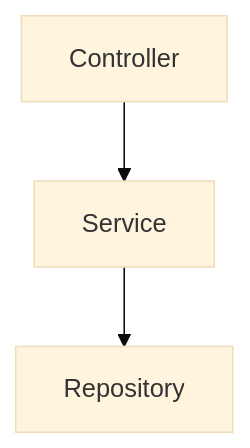
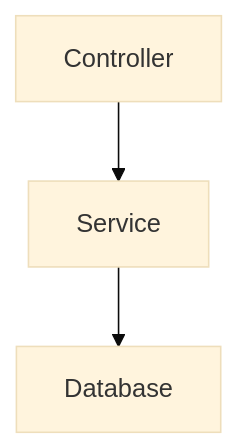
The third of 4 diagrams in README.md (elazsyahranie/talkagram_v2_chat_service), drawn with Mermaid (base theme) before and after one commit. The commit also changed other lines of this file, not shown here.

Commit message:
Update README.md - minor corrections 2

````diff
--- a/README.md
+++ b/README.md
@@ -190,9 +190,9 @@
 ```mermaid
 flowchart TD
     Controller[Controller]
     Service[Service]
-    Repository[Repository]
+    Database[Database]
 
     Controller --> Service
-    Service --> Repository
+    Service --> Database
 ```
````
